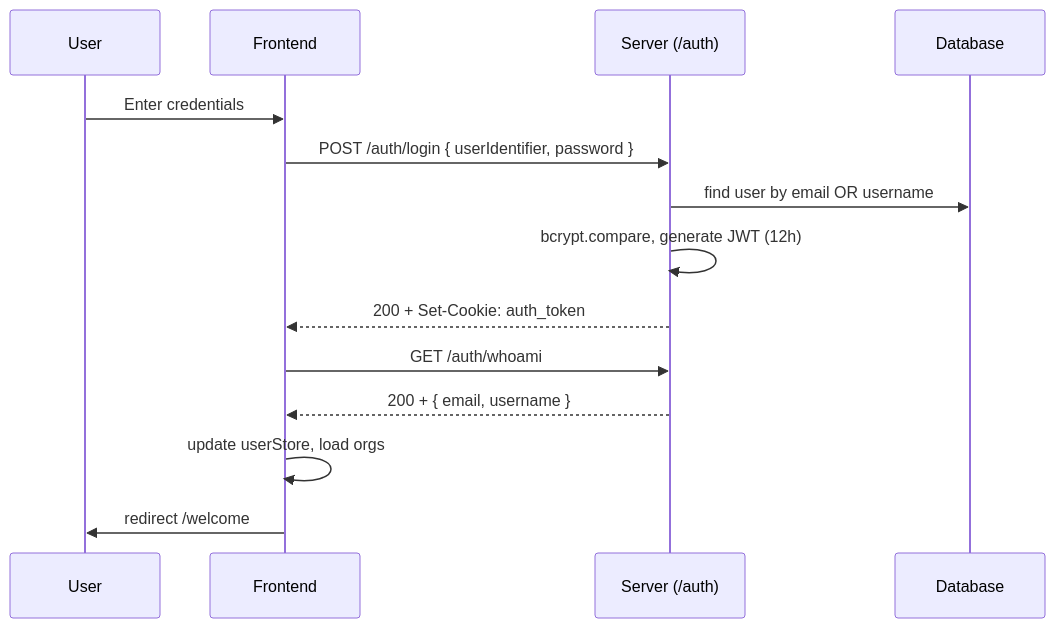
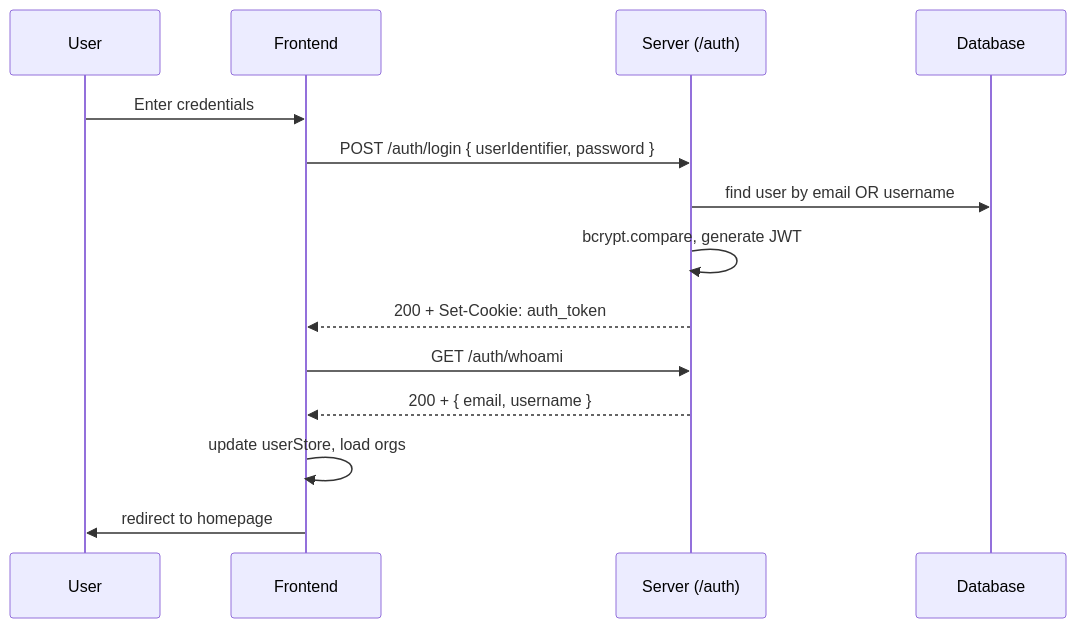
The second of 6 diagrams in docs/ARCHITECTURE.md (georzaza/sf-migrator), drawn with Mermaid before and after one commit. The commit also changed 143 other files, not shown here.

````diff
--- a/docs/ARCHITECTURE.md
+++ b/docs/ARCHITECTURE.md
@@ -872,17 +872,17 @@
 ```mermaid
 sequenceDiagram
   participant U as User
   participant F as Frontend
   participant S as Server (/auth)
   participant DB as Database
 
   U->>F: Enter credentials
   F->>S: POST /auth/login { userIdentifier, password }
   S->>DB: find user by email OR username
-  S->>S: bcrypt.compare, generate JWT (12h)
+  S->>S: bcrypt.compare, generate JWT
   S-->>F: 200 + Set-Cookie: auth_token
   F->>S: GET /auth/whoami
   S-->>F: 200 + { email, username }
   F->>F: update userStore, load orgs
-  F->>U: redirect /welcome
+  F->>U: redirect to homepage
 ```
````
